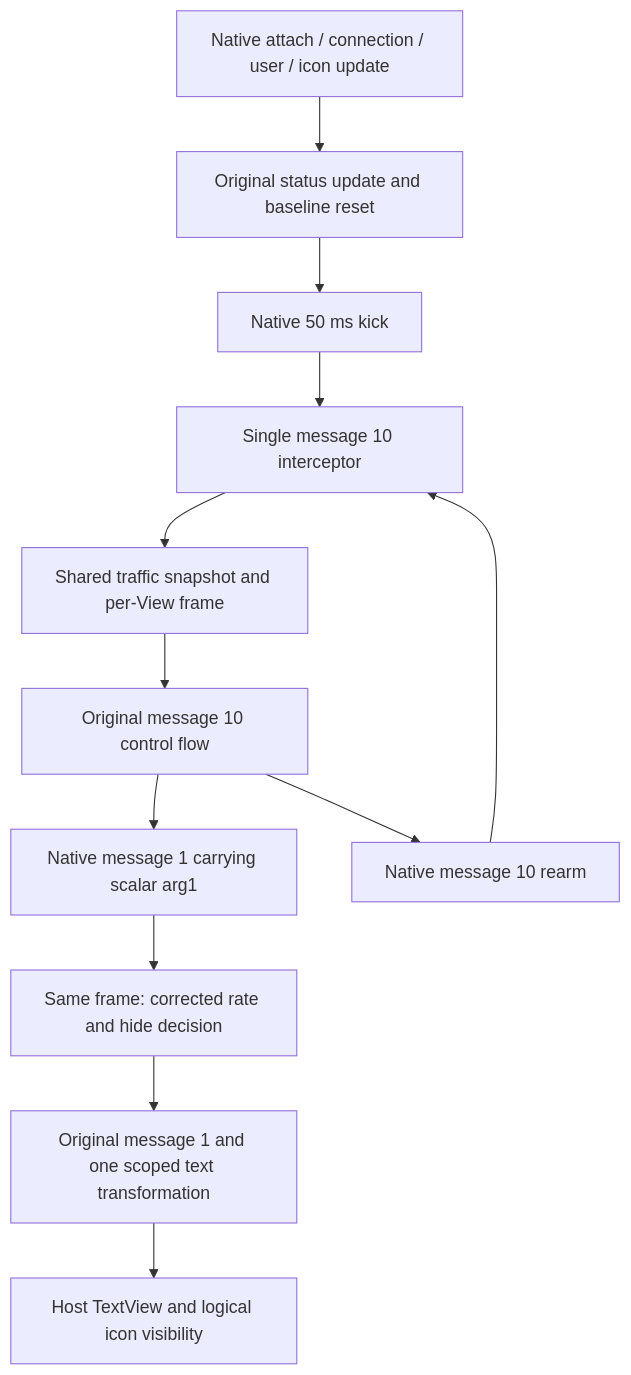
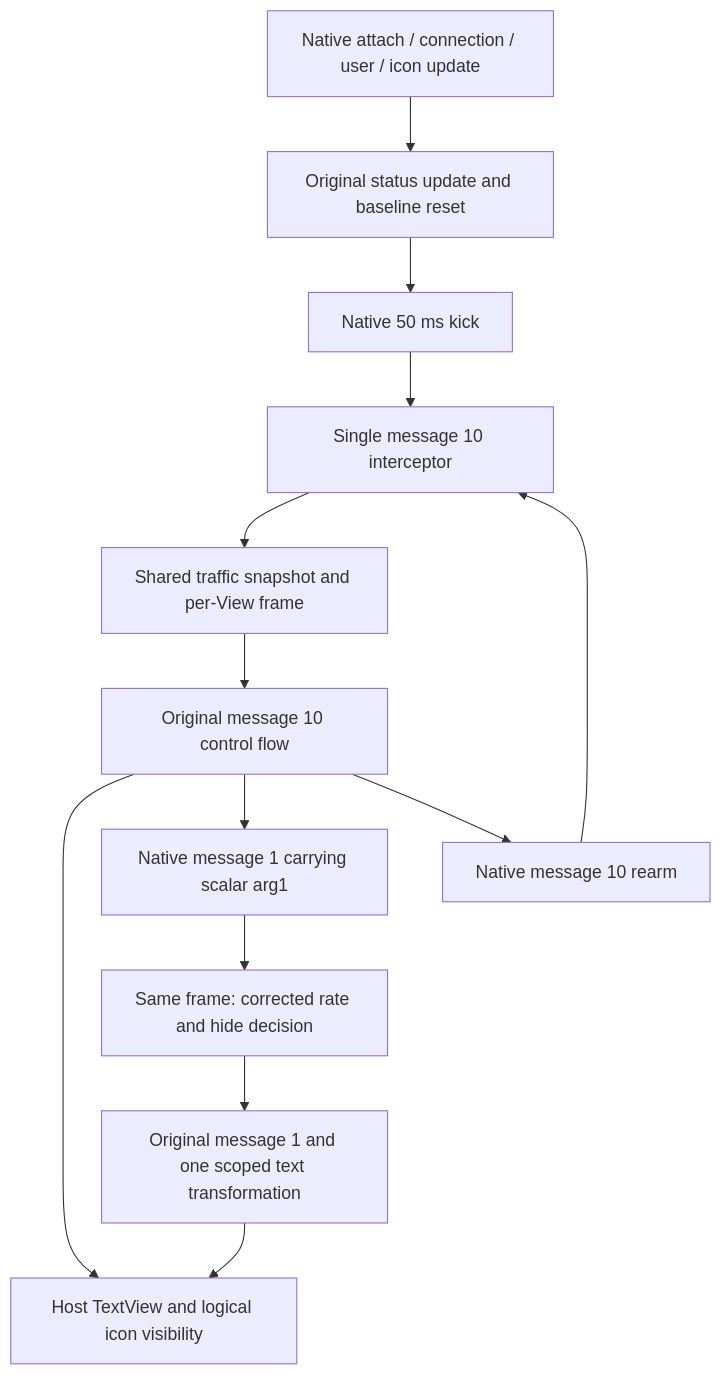
The diagram in docs/research/network_speed_refactor_plan.md (ZTool-Project/ZUX-ZTool), drawn with Mermaid before and after one commit. The commit also changed other lines of this file and 3 other files, not shown here.

````diff
--- a/docs/research/network_speed_refactor_plan.md
+++ b/docs/research/network_speed_refactor_plan.md
@@ -138,14 +138,15 @@
 ```mermaid
 flowchart TD
     A[Native attach / connection / user / icon update] --> B[Original status update and baseline reset]
     B --> C[Native 50 ms kick]
     C --> D[Single message 10 interceptor]
     D --> E[Shared traffic snapshot and per-View frame]
     E --> F[Original message 10 control flow]
+    F --> K[Host TextView and logical icon visibility]
     F --> G[Native message 1 carrying scalar arg1]
     F --> H[Native message 10 rearm]
     H --> D
     G --> I[Same frame: corrected rate and hide decision]
     I --> J[Original message 1 and one scoped text transformation]
-    J --> K[Host TextView and logical icon visibility]
+    J --> K
 ```
````
